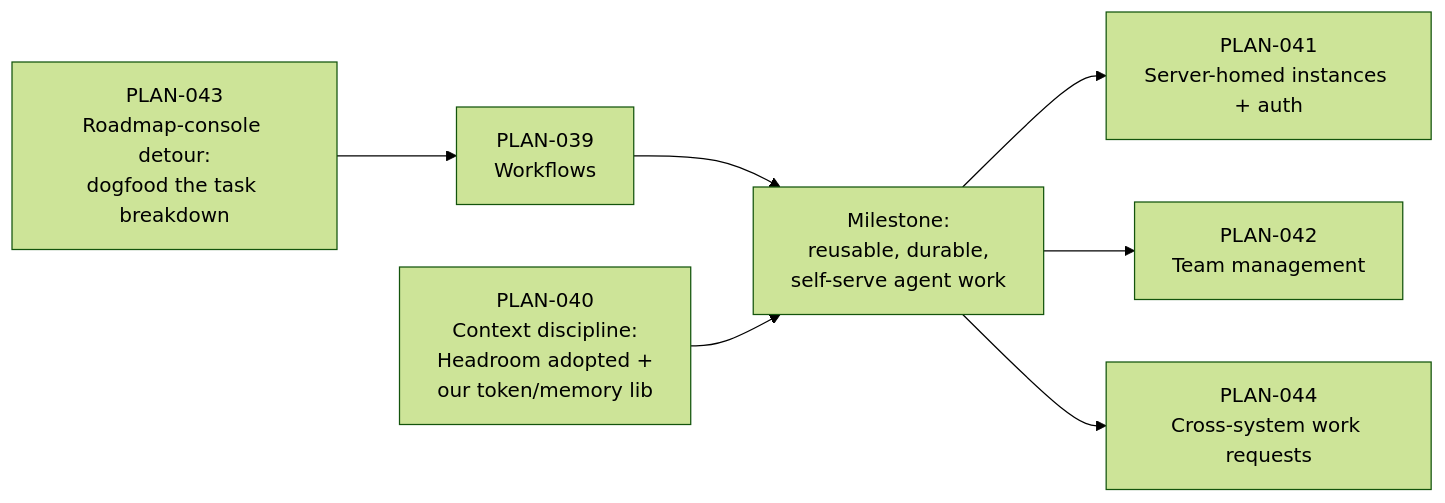
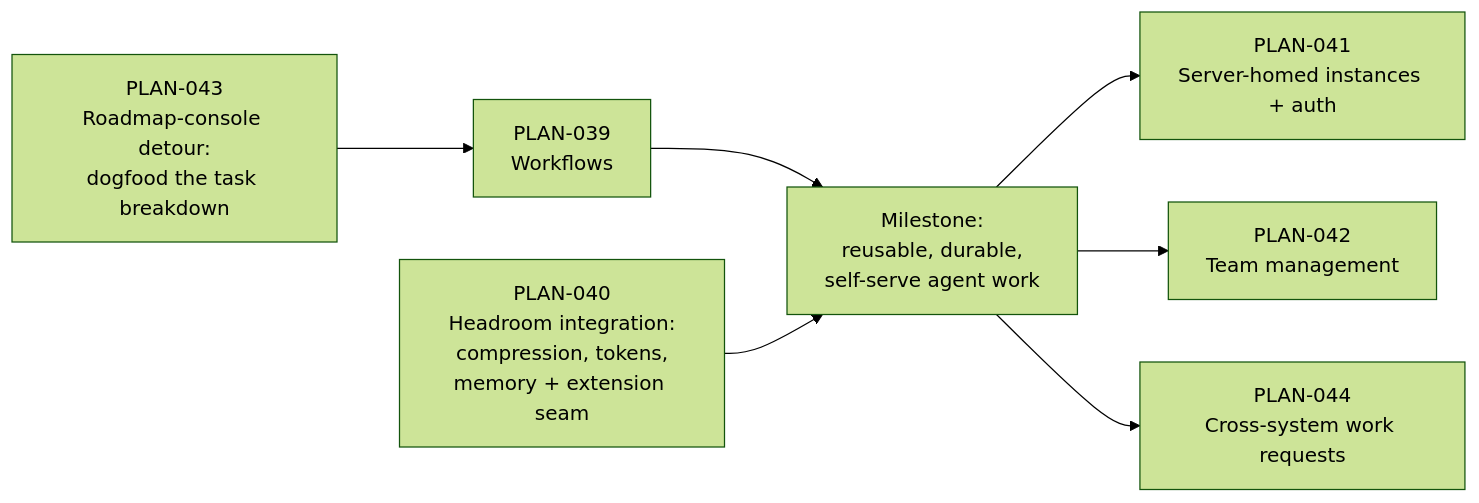
Before and after one commit to Swagatar-LLC/vorno: the diagram in roadmap/directions/05-workflows-and-headroom.md, drawn with Mermaid (forest theme). The commit also changed other lines of this file and 5 other files, not shown here.

First line of the commit message:
roadmap: PLAN-040 corrected to pure Headroom integration — no library of ours

````diff
--- a/roadmap/directions/05-workflows-and-headroom.md
+++ b/roadmap/directions/05-workflows-and-headroom.md
@@ -80,9 +78,9 @@
 ```mermaid
 graph LR
     T[PLAN-043<br/>Roadmap-console detour:<br/>dogfood the task breakdown] --> A[PLAN-039<br/>Workflows]
     A --> M[Milestone:<br/>reusable, durable,<br/>self-serve agent work]
-    B[PLAN-040<br/>Context discipline:<br/>Headroom adopted +<br/>our token/memory lib] --> M
+    B[PLAN-040<br/>Headroom integration:<br/>compression, tokens,<br/>memory + extension seam] --> M
     M --> C[PLAN-041<br/>Server-homed instances + auth]
     M --> D[PLAN-042<br/>Team management]
     M --> E[PLAN-044<br/>Cross-system work requests]
 ```
````
